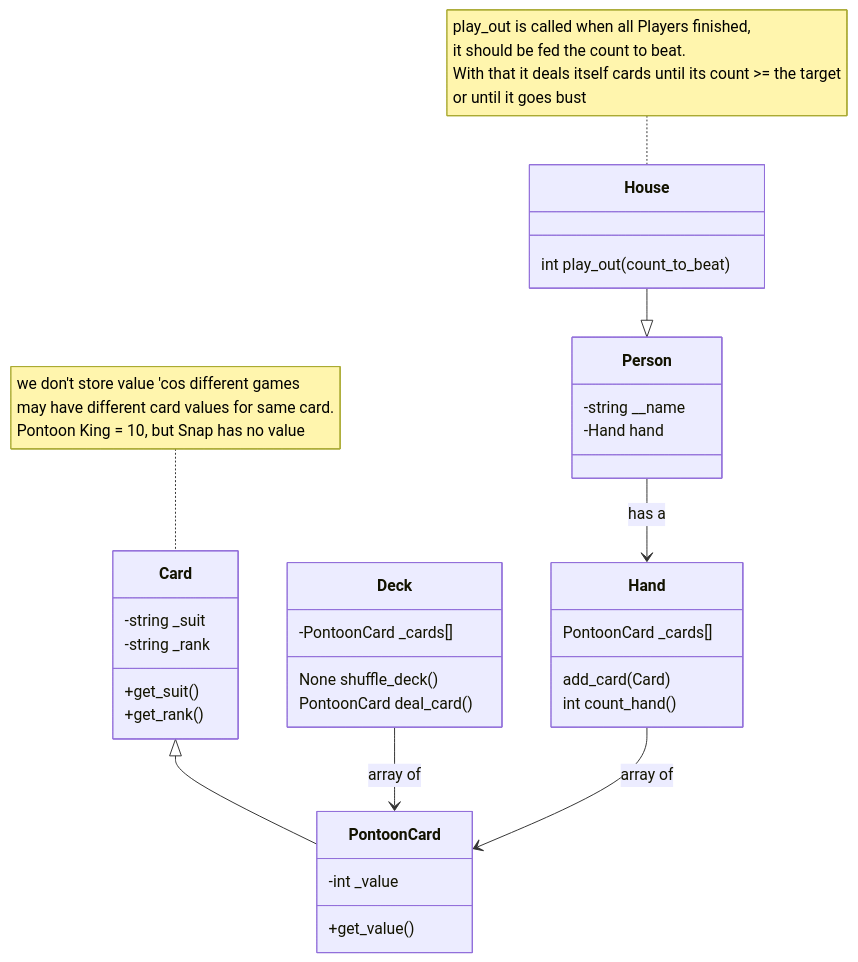
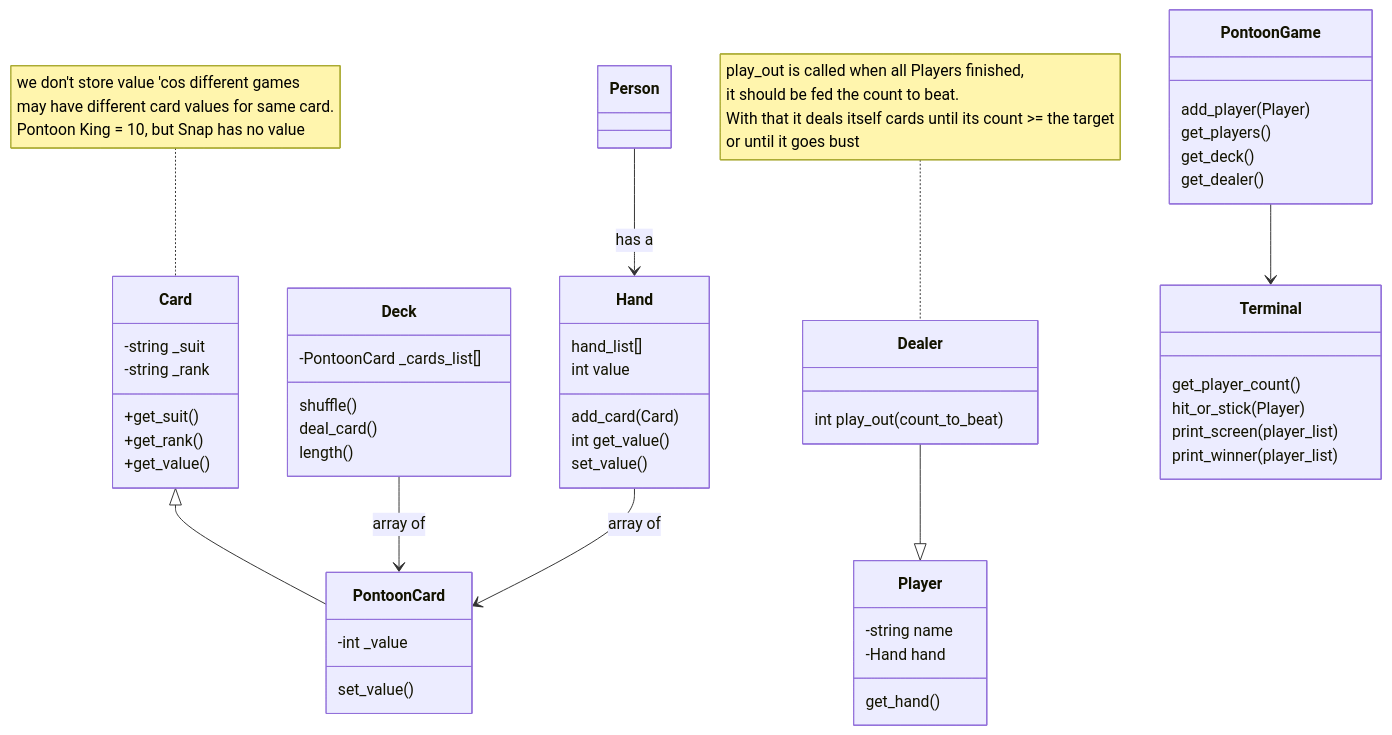
Before and after one commit to godziller/pontoon: the diagram in README.md, drawn with Mermaid. The commit also changed other lines of this file and 9 other files, not shown here.

````diff
--- a/README.md
+++ b/README.md
@@ -17,48 +26,63 @@
 ```mermaid
 
 classDiagram
     Card <|-- PontoonCard
     Deck --> PontoonCard: array of
     Hand --> PontoonCard: array of
     Person --> Hand: has a
-    House --|> Person
+    Dealer --|> Player
+    PontoonGame --> Terminal
     note for Card "we don't store value 'cos different games
         may have different card values for same card.
         Pontoon King = 10, but Snap has no value"
         
-    note for House "play_out is called when all Players finished,
+    note for Dealer "play_out is called when all Players finished,
     it should be fed the count to beat.
     With that it deals itself cards until its count >= the target
     or until it goes bust"    
     class Card{
         -string _suit
         -string _rank
         +get_suit()
         +get_rank()
+        +get_value()
     }
     class PontoonCard{
         -int _value
-
-        +get_value()
+        set_value()
     }
     class Deck{
-    -PontoonCard _cards[]
-    None shuffle_deck()
-    PontoonCard deal_card()
+    -PontoonCard _cards_list[]
+    shuffle()
+    deal_card()
+    length()
     }
     class Hand{
-        PontoonCard _cards[]
+        hand_list[]
+        int value
         add_card(Card)
-        int count_hand()
+        int get_value()
+        set_value()
     }
-    class Person{
-        -string __name
+    class Player{
+        -string name
         -Hand hand
+        get_hand()
     }
-    class House{
+    class Dealer{
         int play_out(count_to_beat)
         
     }
-    
-
+    class PontoonGame{
+        add_player(Player)
+        get_players()
+        get_deck()
+        get_dealer()
+    }  
+    class Terminal{
+        get_player_count()
+        hit_or_stick(Player)
+        print_screen(player_list)
+        print_winner(player_list)
+    }
 ```
````
